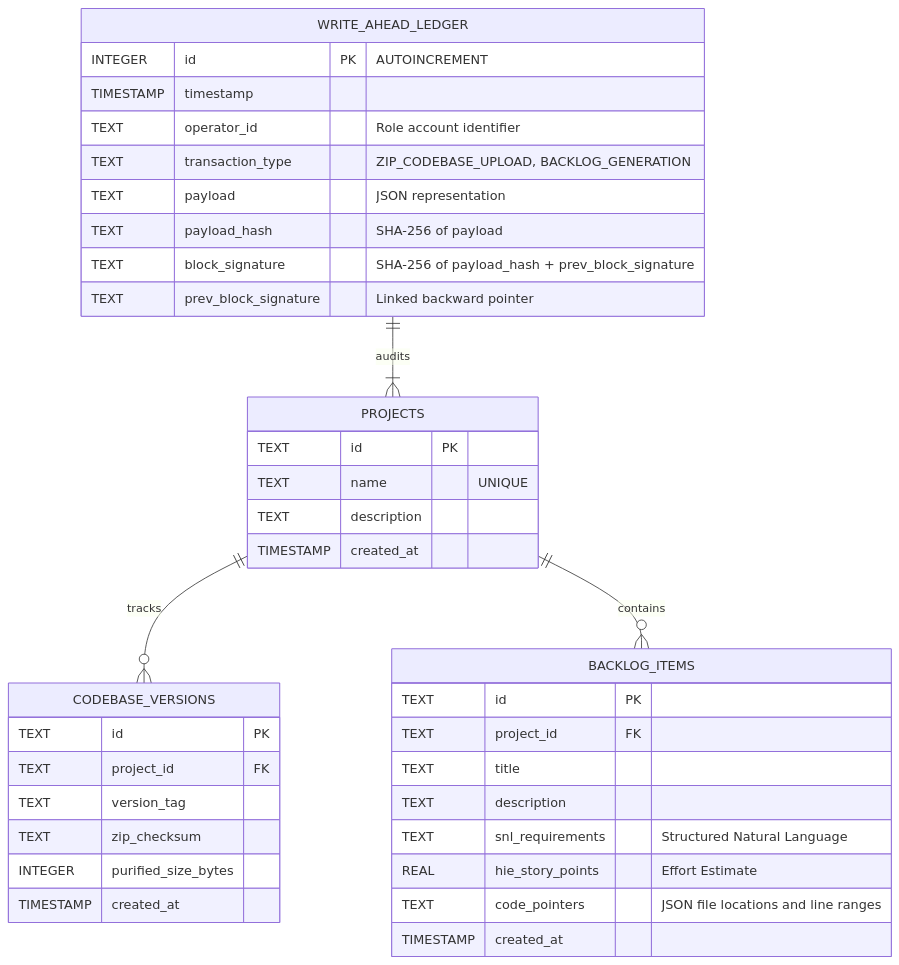
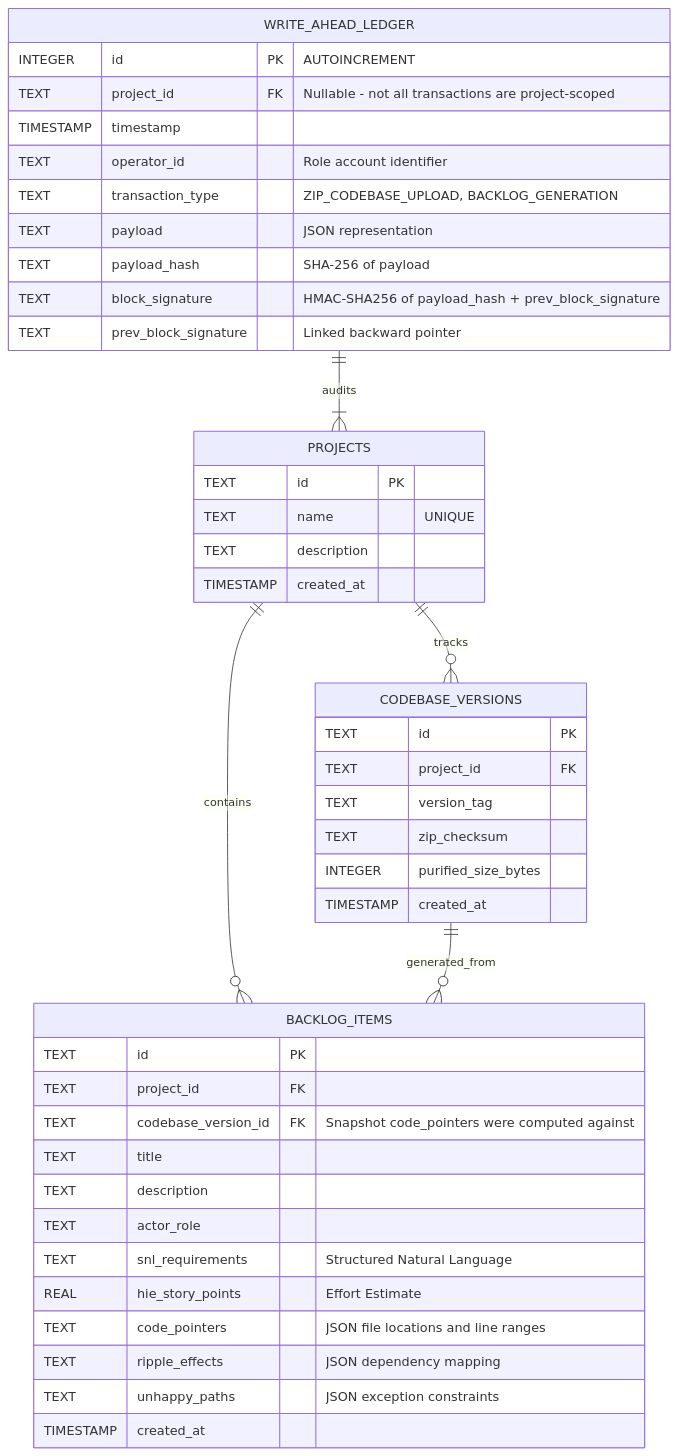
Before and after one commit to osicp/AI-Assisted_Software_Documentation_Framework: the third of 5 diagrams in DESIGN.md, drawn with Mermaid. The commit also changed other lines of this file and 4 other files, not shown here.

````diff
--- a/DESIGN.md
+++ b/DESIGN.md
@@ -172,44 +173,50 @@
 ```mermaid
 erDiagram
     PROJECTS ||--o{ CODEBASE_VERSIONS : "tracks"
     PROJECTS ||--o{ BACKLOG_ITEMS : "contains"
+    CODEBASE_VERSIONS ||--o{ BACKLOG_ITEMS : "generated_from"
     WRITE_AHEAD_LEDGER ||--|{ PROJECTS : "audits"
 
     PROJECTS {
         TEXT id PK
         TEXT name "UNIQUE"
         TEXT description
         TIMESTAMP created_at
     }
 
     CODEBASE_VERSIONS {
         TEXT id PK
         TEXT project_id FK
         TEXT version_tag
         TEXT zip_checksum
         INTEGER purified_size_bytes
         TIMESTAMP created_at
     }
 
     BACKLOG_ITEMS {
         TEXT id PK
         TEXT project_id FK
+        TEXT codebase_version_id FK "Snapshot code_pointers were computed against"
         TEXT title
         TEXT description
+        TEXT actor_role
         TEXT snl_requirements "Structured Natural Language"
         REAL hie_story_points "Effort Estimate"
         TEXT code_pointers "JSON file locations and line ranges"
+        TEXT ripple_effects "JSON dependency mapping"
+        TEXT unhappy_paths "JSON exception constraints"
         TIMESTAMP created_at
     }
 
     WRITE_AHEAD_LEDGER {
         INTEGER id PK "AUTOINCREMENT"
+        TEXT project_id FK "Nullable - not all transactions are project-scoped"
         TIMESTAMP timestamp
         TEXT operator_id "Role account identifier"
         TEXT transaction_type "ZIP_CODEBASE_UPLOAD, BACKLOG_GENERATION"
         TEXT payload "JSON representation"
         TEXT payload_hash "SHA-256 of payload"
-        TEXT block_signature "SHA-256 of payload_hash + prev_block_signature"
+        TEXT block_signature "HMAC-SHA256 of payload_hash + prev_block_signature"
         TEXT prev_block_signature "Linked backward pointer"
     }
 ```
````
